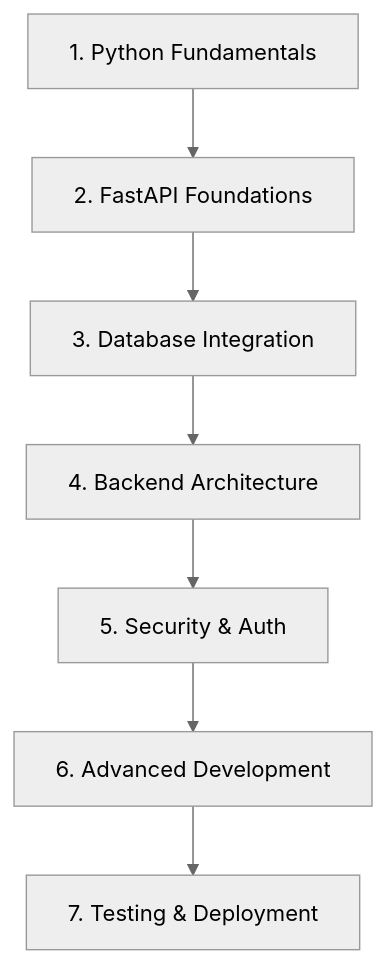
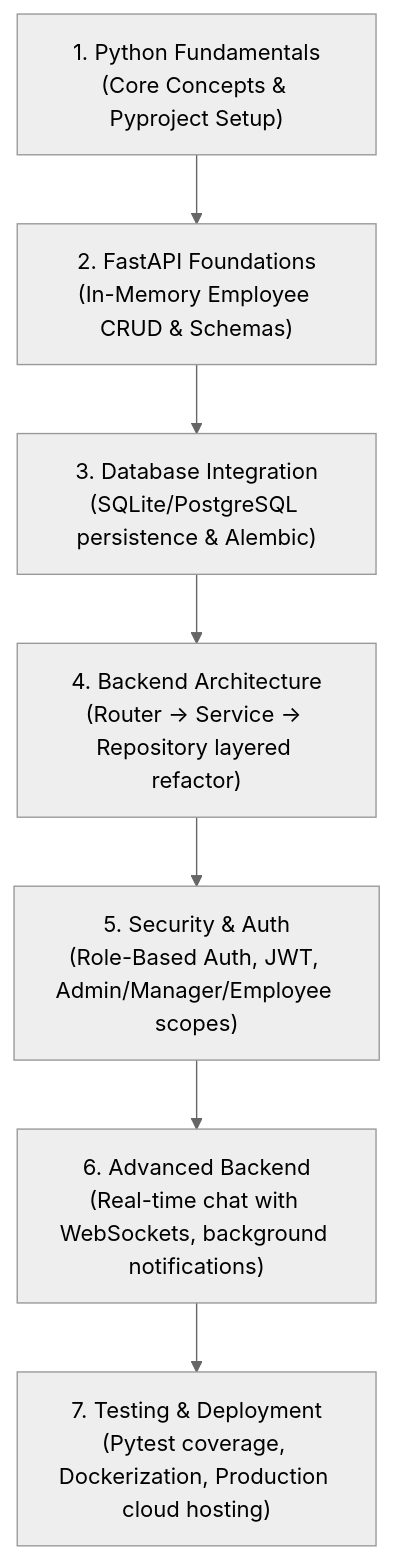
One commit to prasad230776/fastapi-course changed the diagram in route-map.mdx. Above: the diagram before and after it, drawn with Mermaid (neutral theme). The commit also changed other lines of this file and 16 other files, not shown here.

````diff
--- a/route-map.mdx
+++ b/route-map.mdx
@@ -13,9 +15,10 @@
 ```mermaid
 graph TD
-    A["1. Python Fundamentals"] --> B["2. FastAPI Foundations"]
-    B --> C["3. Database Integration"]
-    C --> D["4. Backend Architecture"]
-    D --> E["5. Security & Auth"]
-    E --> F["6. Advanced Development"]
-    F --> G["7. Testing & Deployment"]
+    M1["1. Python Fundamentals<br/>(Core Concepts & Pyproject Setup)"] 
+    --> M2["2. FastAPI Foundations<br/>(In-Memory Employee CRUD & Schemas)"]
+    --> M3["3. Database Integration<br/>(SQLite/PostgreSQL persistence & Alembic)"]
+    --> M4["4. Backend Architecture<br/>(Router -> Service -> Repository layered refactor)"]
+    --> M5["5. Security & Auth<br/>(Role-Based Auth, JWT, Admin/Manager/Employee scopes)"]
+    --> M6["6. Advanced Backend<br/>(Real-time chat with WebSockets, background notifications)"]
+    --> M7["7. Testing & Deployment<br/>(Pytest coverage, Dockerization, Production cloud hosting)"]
 ```
````
